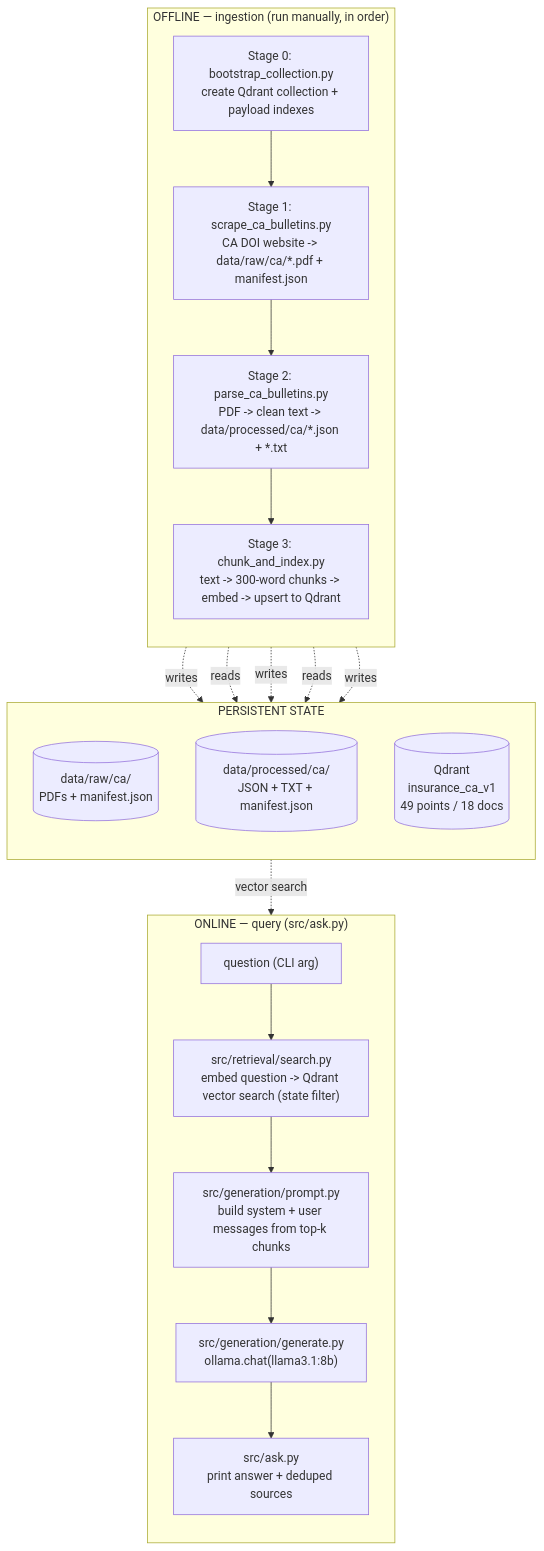
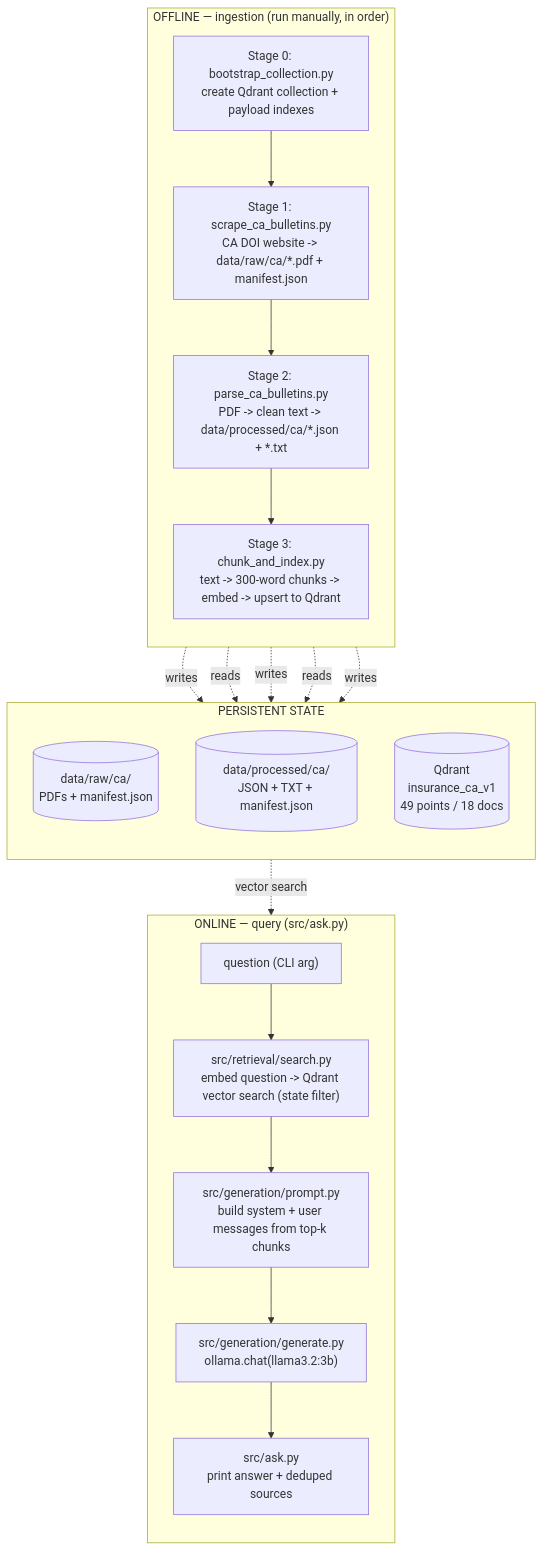
The first of 6 diagrams in docs/pipeline.md (ashishrahate/insurance-rag), drawn with Mermaid before and after one commit. The commit also changed other lines of this file and 5 other files, not shown here.

````diff
--- a/docs/pipeline.md
+++ b/docs/pipeline.md
@@ -16,36 +16,36 @@
 ```mermaid
 flowchart TB
     subgraph OFFLINE["OFFLINE — ingestion (run manually, in order)"]
         direction TB
         B["Stage 0: bootstrap_collection.py\ncreate Qdrant collection + payload indexes"]
         S["Stage 1: scrape_ca_bulletins.py\nCA DOI website -> data/raw/ca/*.pdf + manifest.json"]
         P["Stage 2: parse_ca_bulletins.py\nPDF -> clean text -> data/processed/ca/*.json + *.txt"]
         C["Stage 3: chunk_and_index.py\ntext -> 300-word chunks -> embed -> upsert to Qdrant"]
         B --> S --> P --> C
     end
 
     subgraph STORE["PERSISTENT STATE"]
         direction TB
         RAW[("data/raw/ca/\nPDFs + manifest.json")]
         PROC[("data/processed/ca/\nJSON + TXT + manifest.json")]
         QD[("Qdrant\ninsurance_ca_v1\n49 points / 18 docs")]
     end
 
     S -.writes.-> RAW
     P -.reads.-> RAW
     P -.writes.-> PROC
     C -.reads.-> PROC
     C -.writes.-> QD
 
     subgraph ONLINE["ONLINE — query (src/ask.py)"]
         direction TB
         Q["question (CLI arg)"]
         SR["src/retrieval/search.py\nembed question -> Qdrant vector search (state filter)"]
         PR["src/generation/prompt.py\nbuild system + user messages from top-k chunks"]
-        GE["src/generation/generate.py\nollama.chat(llama3.1:8b)"]
+        GE["src/generation/generate.py\nollama.chat(llama3.2:3b)"]
         PRES["src/ask.py\nprint answer + deduped sources"]
         Q --> SR --> PR --> GE --> PRES
     end
 
     QD -.vector search.-> SR
 ```
````
